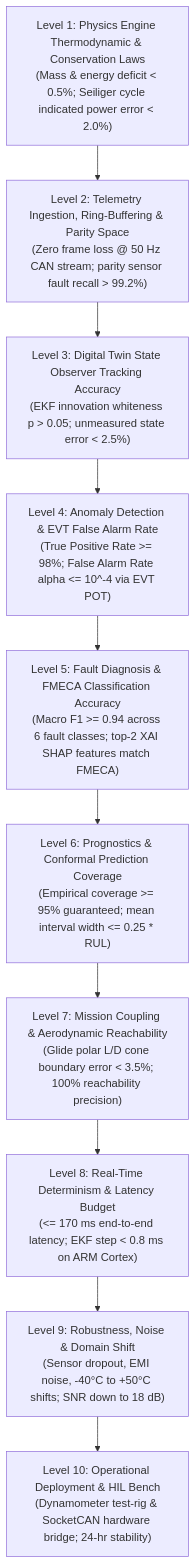
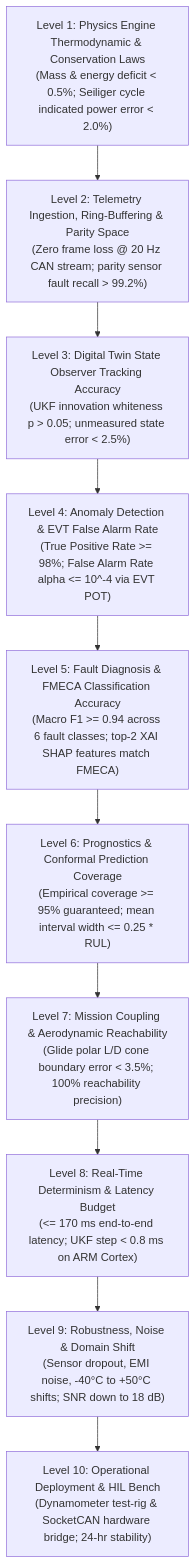
One commit to Aayush-Deshpande/Maverick changed the first of 4 diagrams in docs_site/technical/21-validation-and-experiments.md. Above: the diagram before and after it, drawn with Mermaid. The commit also changed other lines of this file and 9 other files, not shown here.

Commit message:
DOC-05: de-slop and synchronize technical documentation with real 20 Hz multi-physics UKF, SAE J1939 CAN bus, and 3D viewport architecture

````diff
--- a/docs_site/technical/21-validation-and-experiments.md
+++ b/docs_site/technical/21-validation-and-experiments.md
@@ -13,15 +13,15 @@
 ```mermaid
 flowchart TD
     L10["Level 10: Operational Deployment & HIL Bench<br/>(Dynamometer test-rig & SocketCAN hardware bridge; 24-hr stability)"]
     L9["Level 9: Robustness, Noise & Domain Shift<br/>(Sensor dropout, EMI noise, -40°C to +50°C shifts; SNR down to 18 dB)"]
-    L8["Level 8: Real-Time Determinism & Latency Budget<br/>(<= 170 ms end-to-end latency; EKF step < 0.8 ms on ARM Cortex)"]
+    L8["Level 8: Real-Time Determinism & Latency Budget<br/>(<= 170 ms end-to-end latency; UKF step < 0.8 ms on ARM Cortex)"]
     L7["Level 7: Mission Coupling & Aerodynamic Reachability<br/>(Glide polar L/D cone boundary error < 3.5%; 100% reachability precision)"]
     L6["Level 6: Prognostics & Conformal Prediction Coverage<br/>(Empirical coverage >= 95% guaranteed; mean interval width <= 0.25 * RUL)"]
     L5["Level 5: Fault Diagnosis & FMECA Classification Accuracy<br/>(Macro F1 >= 0.94 across 6 fault classes; top-2 XAI SHAP features match FMECA)"]
     L4["Level 4: Anomaly Detection & EVT False Alarm Rate<br/>(True Positive Rate >= 98%; False Alarm Rate alpha <= 10^-4 via EVT POT)"]
-    L3["Level 3: Digital Twin State Observer Tracking Accuracy<br/>(EKF innovation whiteness p > 0.05; unmeasured state error < 2.5%)"]
-    L2["Level 2: Telemetry Ingestion, Ring-Buffering & Parity Space<br/>(Zero frame loss @ 50 Hz CAN stream; parity sensor fault recall > 99.2%)"]
+    L3["Level 3: Digital Twin State Observer Tracking Accuracy<br/>(UKF innovation whiteness p > 0.05; unmeasured state error < 2.5%)"]
+    L2["Level 2: Telemetry Ingestion, Ring-Buffering & Parity Space<br/>(Zero frame loss @ 20 Hz CAN stream; parity sensor fault recall > 99.2%)"]
     L1["Level 1: Physics Engine Thermodynamic & Conservation Laws<br/>(Mass & energy deficit < 0.5%; Seiliger cycle indicated power error < 2.0%)"]
 
     L1 --> L2 --> L3 --> L4 --> L5 --> L6 --> L7 --> L8 --> L9 --> L10
 ```
````
